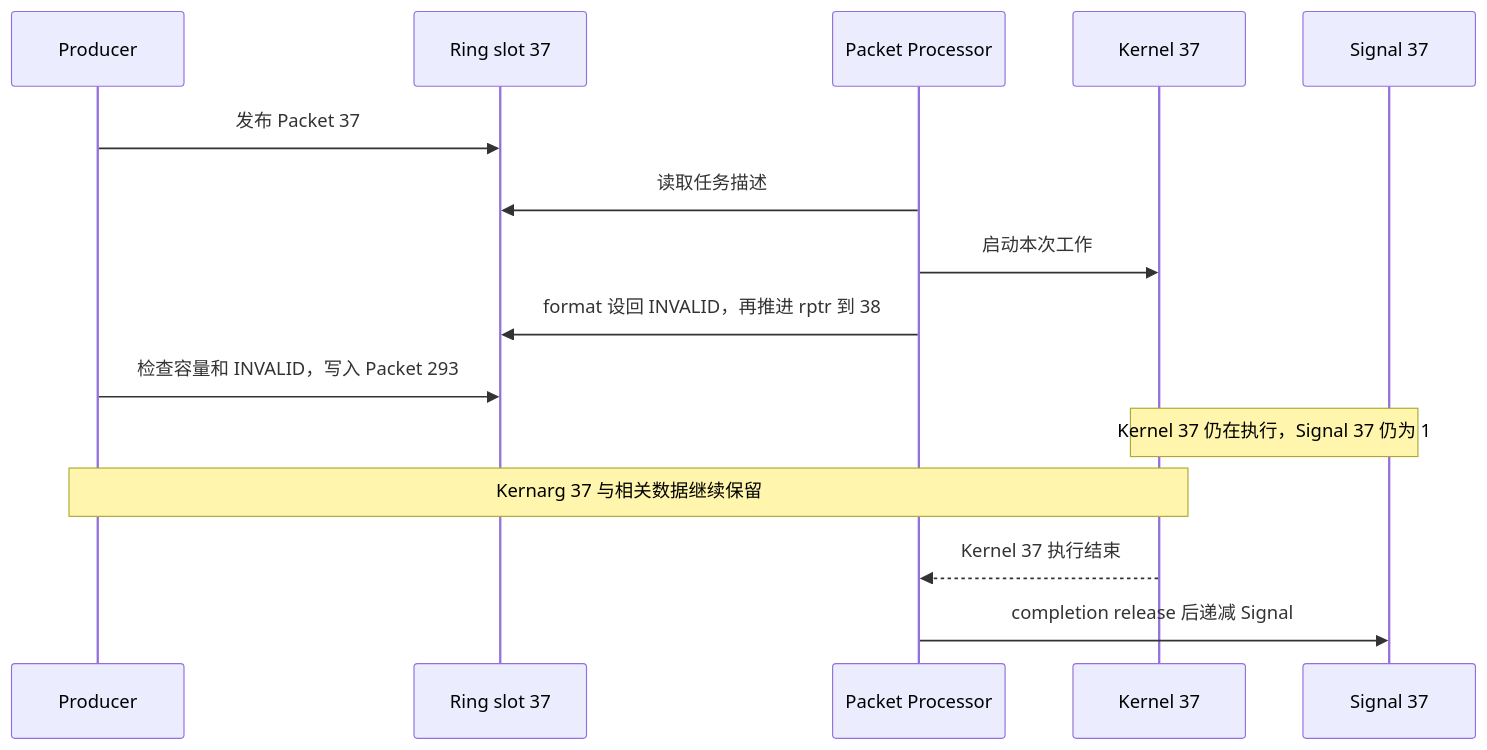
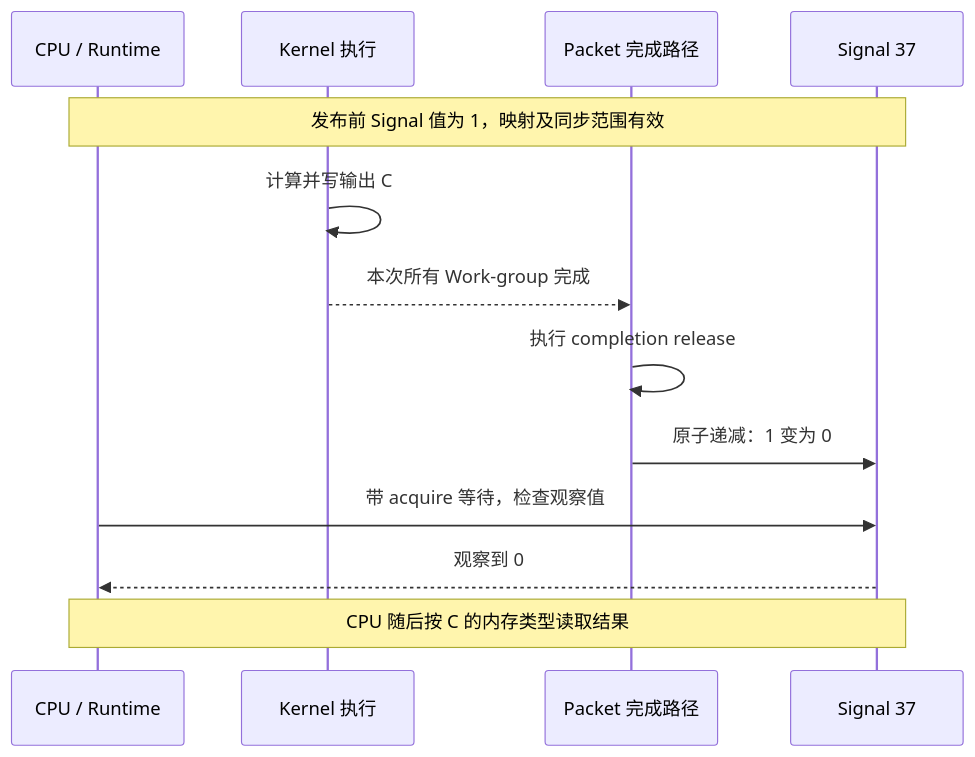
One commit to hxfei-git/gpu-study changed the eighth of 14 diagrams in 03_AMD GPU 队列与 AQL Dispatch.md. Above: the diagram before and after it, drawn with Mermaid. The commit also changed other lines of this file and 5 other files, not shown here.

````diff
--- a/03_AMD GPU 队列与 AQL Dispatch.md
+++ b/03_AMD GPU 队列与 AQL Dispatch.md
@@ -3163,17 +4250,15 @@
 ```mermaid
 sequenceDiagram
-    participant U as Producer
-    participant R as Ring slot 37
-    participant P as Packet Processor
-    participant K as Kernel 37
+    participant U as CPU / Runtime
+    participant K as Kernel 执行
+    participant P as Packet 完成路径
     participant S as Signal 37
-    U->>R: 发布 Packet 37
-    P->>R: 读取任务描述
-    P->>K: 启动本次工作
-    P->>R: format 设回 INVALID，再推进 rptr 到 38
-    U->>R: 检查容量和 INVALID，写入 Packet 293
-    Note over K,S: Kernel 37 仍在执行，Signal 37 仍为 1
-    Note over U,K: Kernarg 37 与相关数据继续保留
-    K-->>P: Kernel 37 执行结束
-    P->>S: completion release 后递减 Signal
+    Note over U,S: 发布前 Signal 值为 1，映射及同步范围有效
+    K->>K: 计算并写输出 C
+    K-->>P: 本次所有 Work-group 完成
+    P->>P: 执行 completion release
+    P->>S: 原子递减：1 变为 0
+    U->>S: 带 acquire 等待，检查观察值
+    S-->>U: 观察到 0
+    Note over U,S: CPU 随后按 C 的内存类型读取结果
 ```
````
